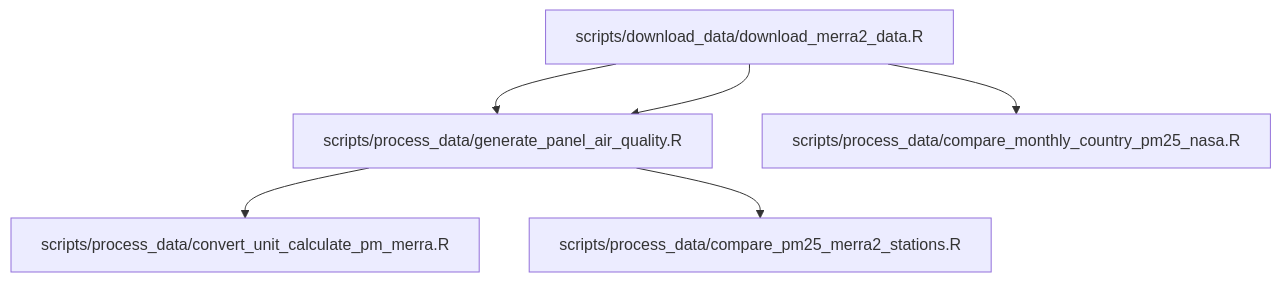
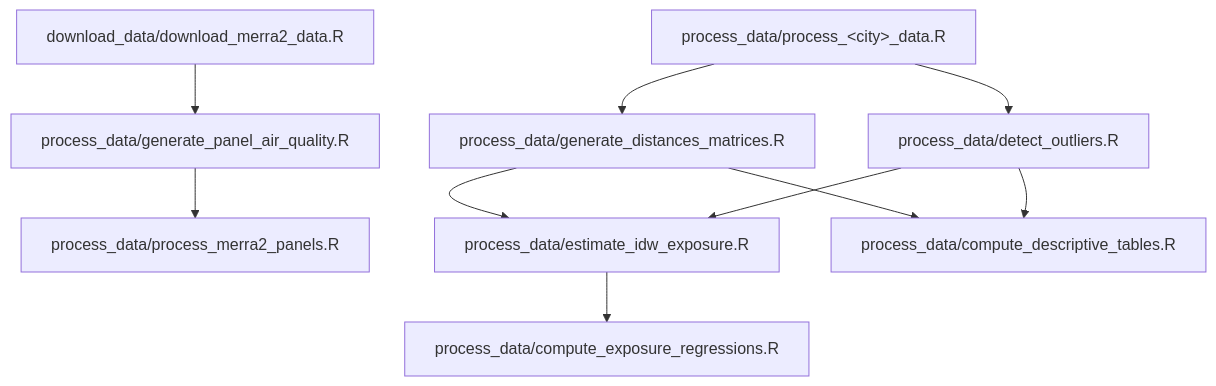
Before and after one commit to correia-marcos/air_quality: the first of 2 diagrams in README.md, drawn with Mermaid. The commit also changed other lines of this file and 37 other files, not shown here.

````diff
--- a/README.md
+++ b/README.md
@@ -230,12 +238,18 @@
 ```mermaid
 flowchart TD
-  DL["scripts/download_data/download_merra2_data.R"]
-  GP["scripts/process_data/generate_panel_air_quality.R"]
-  CU["scripts/process_data/convert_unit_calculate_pm_merra.R"]
-  CS["scripts/process_data/compare_pm25_merra2_stations.R"]
-  CM["scripts/process_data/compare_monthly_country_pm25_nasa.R"]
+  DL["download_data/download_merra2_data.R"]
+  GP["process_data/generate_panel_air_quality.R"]
+  MP["process_data/process_merra2_panels.R"]
+  PC["process_data/process_&lt;city&gt;_data.R"]
+  GD["process_data/generate_distances_matrices.R"]
+  DO["process_data/detect_outliers.R"]
+  IDW["process_data/estimate_idw_exposure.R"]
+  REG["process_data/compute_exposure_regressions.R"]
+  DESC["process_data/compute_descriptive_tables.R"]
 
-  DL --> GP --> CU
-  DL --> GP --> CS
-  DL --> CM
+  DL --> GP --> MP
+  PC --> GD --> IDW --> REG
+  PC --> DO --> IDW
+  GD --> DESC
+  DO --> DESC
 ```
````
